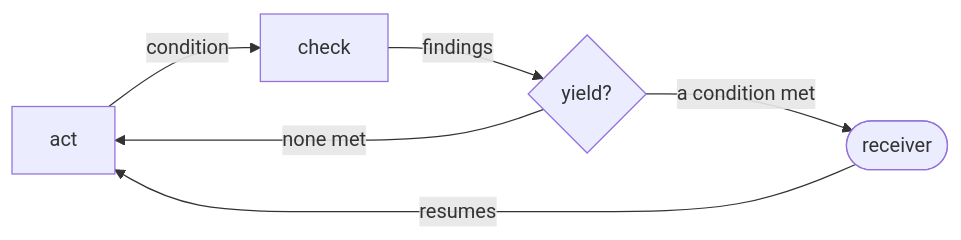
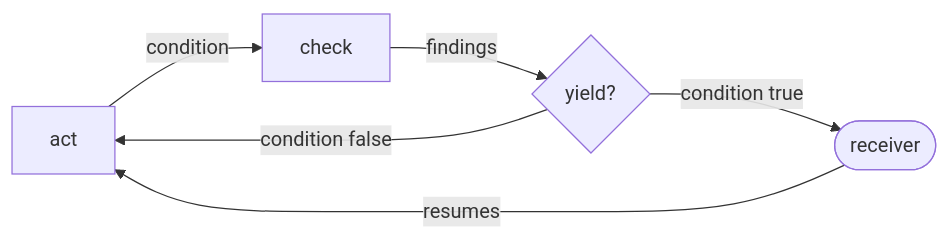
Before and after one commit to GeoffNordling/dev-playbook: the diagram in doc-types/loop/contract-shape.md, drawn with Mermaid. The commit also changed other lines of this file and 11 other files, not shown here.

````diff
--- a/doc-types/loop/contract-shape.md
+++ b/doc-types/loop/contract-shape.md
@@ -91,8 +86,8 @@
 ```mermaid
 flowchart LR
     act[act] -->|condition| check[check]
     check -->|findings| yield{yield?}
-    yield -->|none met| act
-    yield -->|a condition met| receiver([receiver])
+    yield -->|condition false| act
+    yield -->|condition true| receiver([receiver])
     receiver -->|resumes| act
 ```
````
